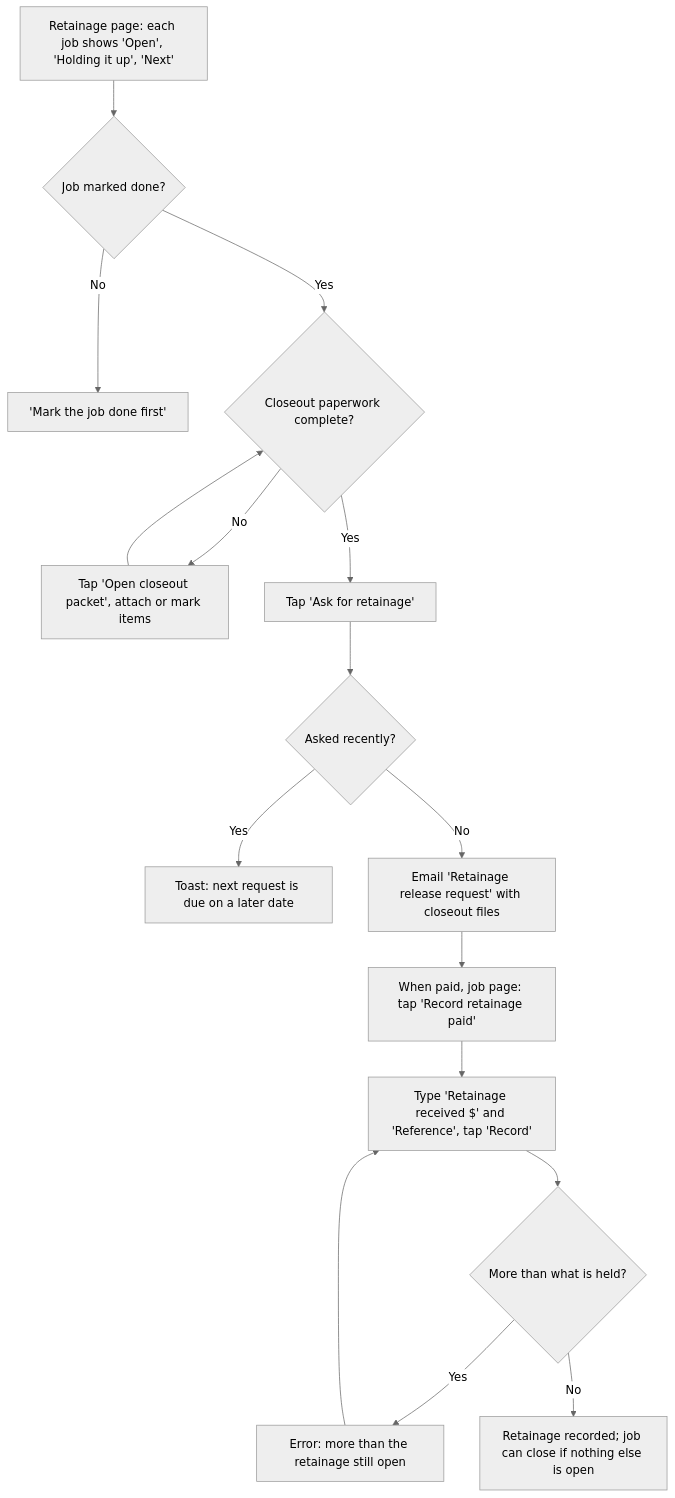
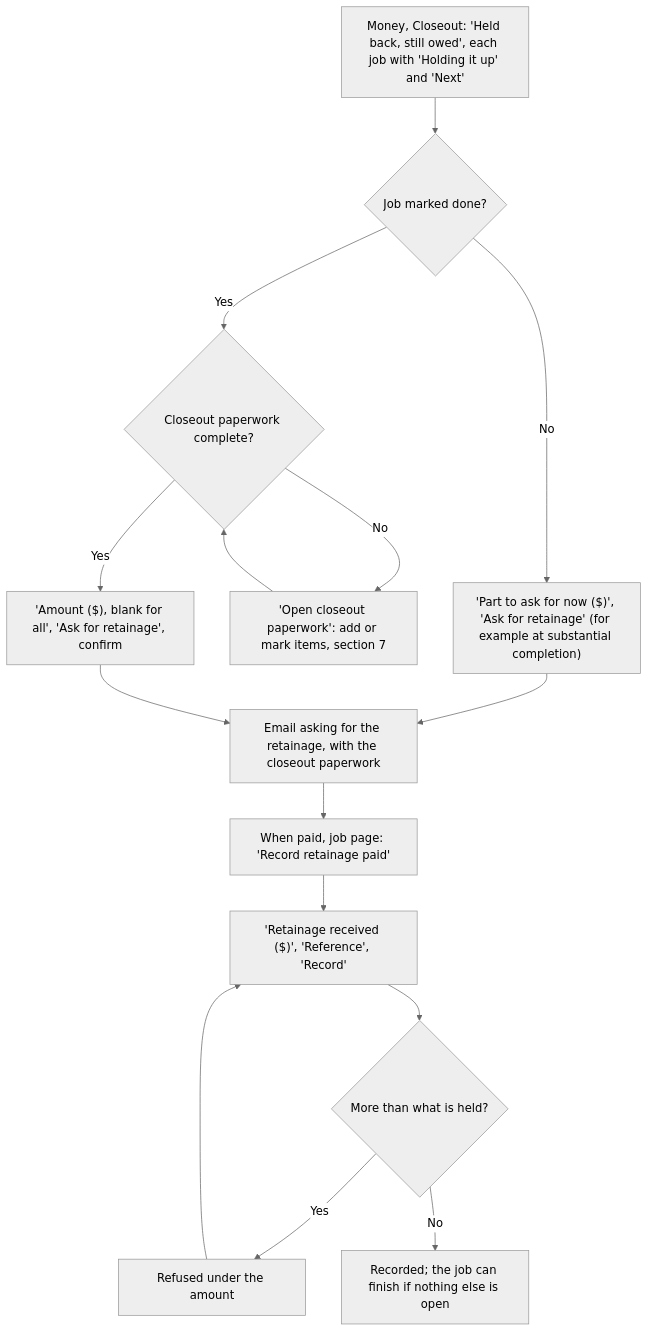
Before and after one commit to cartwrightstephen/billdable: diagram 12 of 15 in docs/client-flows.md, drawn with Mermaid (neutral theme). The commit also changed other lines of this file and 15 other files, not shown here.

First line of the commit message:
Round 6: R6-11 wireframes and flows caught up with the app

````diff
--- a/docs/client-flows.md
+++ b/docs/client-flows.md
@@ -441,18 +433,17 @@
 ```mermaid
 flowchart TD
-    A["Retainage page: each job shows 'Open', 'Holding it up', 'Next'"] --> B{"Job marked done?"}
-    B -->|"No"| C["'Mark the job done first'"]
+    A["Money, Closeout: 'Held back, still owed', each job with 'Holding it up' and 'Next'"] --> B{"Job marked done?"}
+    B -->|"No"| C["'Part to ask for now ($)', 'Ask for retainage' (for example at substantial completion)"]
     B -->|"Yes"| D{"Closeout paperwork complete?"}
-    D -->|"No"| E["Tap 'Open closeout packet', attach or mark items"]
+    D -->|"No"| E["'Open closeout paperwork': add or mark items, section 7"]
     E --> D
-    D -->|"Yes"| F["Tap 'Ask for retainage'"]
-    F --> G{"Asked recently?"}
-    G -->|"Yes"| H["Toast: next request is due on a later date"]
-    G -->|"No"| I["Email 'Retainage release request' with closeout files"]
-    I --> J["When paid, job page: tap 'Record retainage paid'"]
-    J --> K["Type 'Retainage received $' and 'Reference', tap 'Record'"]
+    D -->|"Yes"| F["'Amount ($), blank for all', 'Ask for retainage', confirm"]
+    C --> G
+    F --> G["Email asking for the retainage, with the closeout paperwork"]
+    G --> J["When paid, job page: 'Record retainage paid'"]
+    J --> K["'Retainage received ($)', 'Reference', 'Record'"]
     K --> L{"More than what is held?"}
-    L -->|"Yes"| M["Error: more than the retainage still open"]
+    L -->|"Yes"| M["Refused under the amount"]
     M --> K
-    L -->|"No"| N["Retainage recorded; job can close if nothing else is open"]
+    L -->|"No"| N["Recorded; the job can finish if nothing else is open"]
 ```
````
